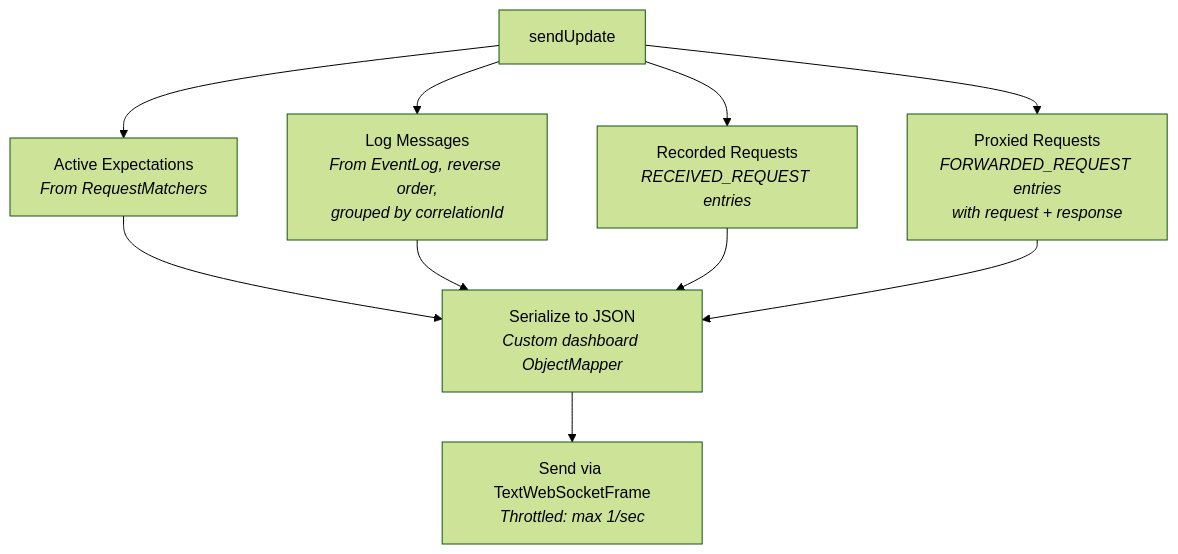
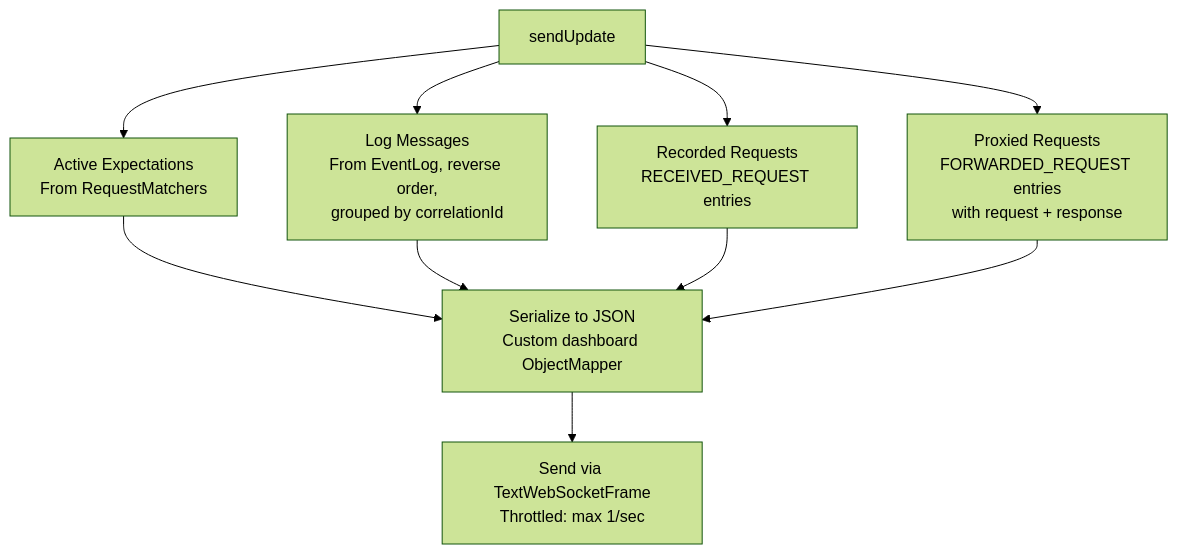
The fourth of 4 diagrams in docs/code/dashboard-ui.md (mock-server/mockserver), drawn with Mermaid (forest theme) before and after one commit. The commit also changed other lines of this file and 21 other files, not shown here.

First line of the commit message:
fix(docs): remove HTML tags from Mermaid diagrams to fix GitHub rendering

````diff
--- a/docs/code/dashboard-ui.md
+++ b/docs/code/dashboard-ui.md
@@ -161,14 +167,22 @@
 ```mermaid
 flowchart TD
-    SU[sendUpdate] --> AE[Active Expectations<br/><i>From RequestMatchers</i>]
-    SU --> LM[Log Messages<br/><i>From EventLog, reverse order,<br/>grouped by correlationId</i>]
-    SU --> RR[Recorded Requests<br/><i>RECEIVED_REQUEST entries</i>]
-    SU --> PR[Proxied Requests<br/><i>FORWARDED_REQUEST entries<br/>with request + response</i>]
+    SU[sendUpdate] --> AE["Active Expectations
+From RequestMatchers"]
+    SU --> LM["Log Messages
+From EventLog, reverse order,
+grouped by correlationId"]
+    SU --> RR["Recorded Requests
+RECEIVED_REQUEST entries"]
+    SU --> PR["Proxied Requests
+FORWARDED_REQUEST entries
+with request + response"]
 
-    AE --> JSON[Serialize to JSON<br/><i>Custom dashboard ObjectMapper</i>]
+    AE --> JSON["Serialize to JSON
+Custom dashboard ObjectMapper"]
     LM --> JSON
     RR --> JSON
     PR --> JSON
 
-    JSON --> SEND[Send via TextWebSocketFrame<br/><i>Throttled: max 1/sec</i>]
+    JSON --> SEND["Send via TextWebSocketFrame
+Throttled: max 1/sec"]
 ```
````
